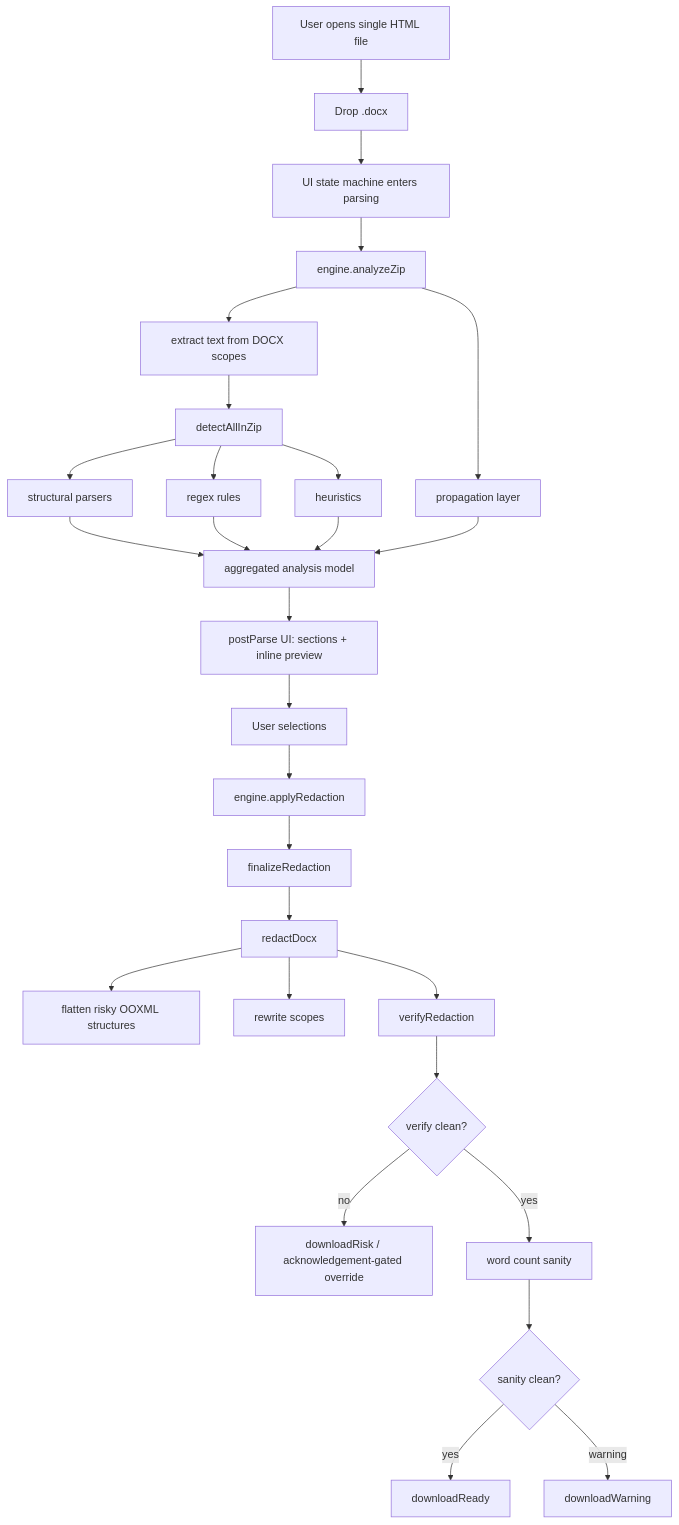
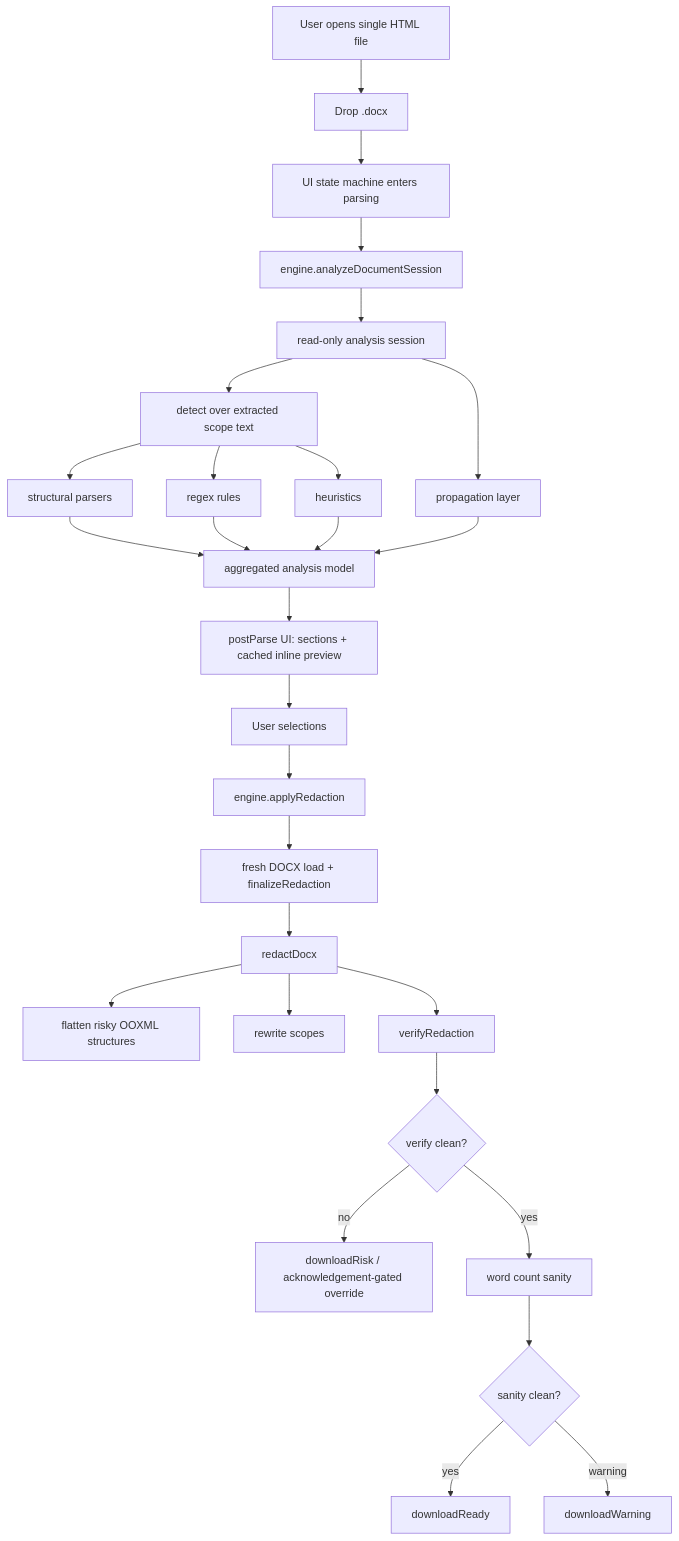
One commit to lowtidebuild/document-redactor changed the diagram in docs/review/project-review-brief.md. Above: the diagram before and after it, drawn with Mermaid. The commit also changed other lines of this file and 11 other files, not shown here.

Commit message:
refactor: add read-only analysis session

````diff
--- a/docs/review/project-review-brief.md
+++ b/docs/review/project-review-brief.md
@@ -118,30 +118,30 @@
 ```mermaid
 flowchart TD
     A[User opens single HTML file] --> B[Drop .docx]
     B --> C[UI state machine enters parsing]
-    C --> D[engine.analyzeZip]
-    D --> E[extract text from DOCX scopes]
-    E --> F[detectAllInZip]
+    C --> D[engine.analyzeDocumentSession]
+    D --> E[read-only analysis session]
+    E --> F[detect over extracted scope text]
     F --> G[structural parsers]
     F --> H[regex rules]
     F --> I[heuristics]
-    D --> J[propagation layer]
+    E --> J[propagation layer]
     G --> K[aggregated analysis model]
     H --> K
     I --> K
     J --> K
-    K --> L[postParse UI: sections + inline preview]
+    K --> L[postParse UI: sections + cached inline preview]
     L --> M[User selections]
     M --> N[engine.applyRedaction]
-    N --> O[finalizeRedaction]
+    N --> O[fresh DOCX load + finalizeRedaction]
     O --> P[redactDocx]
     P --> Q[flatten risky OOXML structures]
     P --> R[rewrite scopes]
     P --> S[verifyRedaction]
     S --> T{verify clean?}
     T -->|no| U[downloadRisk / acknowledgement-gated override]
     T -->|yes| V[word count sanity]
     V --> W{sanity clean?}
     W -->|yes| X[downloadReady]
     W -->|warning| Y[downloadWarning]
 ```
````
